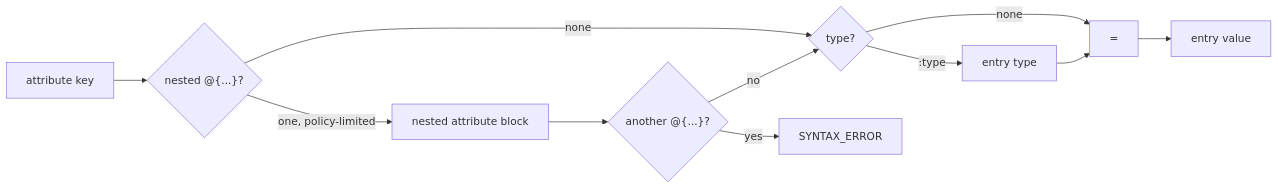
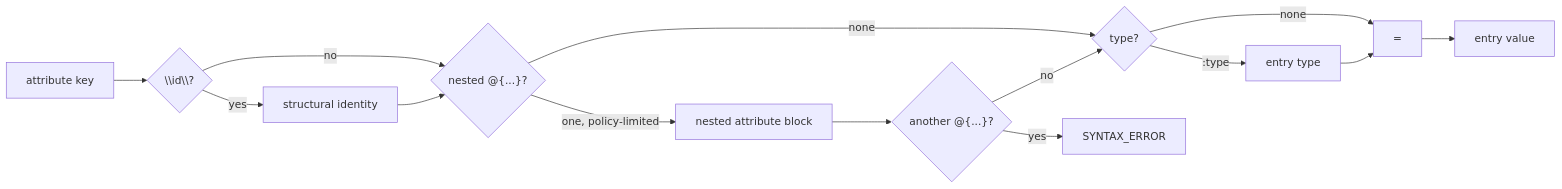
The third of 7 diagrams in aeon/v1/drafts/appendices/appendix-grammar-flow.md (aeonite-org/aeonite-specs), drawn with Mermaid before and after one commit. The commit also changed other lines of this file and 3 other files, not shown here.

First line of the commit message:
Add structural identity syntax to AEON v1

````diff
--- a/aeon/v1/drafts/appendices/appendix-grammar-flow.md
+++ b/aeon/v1/drafts/appendices/appendix-grammar-flow.md
@@ -91,13 +96,16 @@
 ```mermaid
 flowchart LR
-  AK["attribute key"] --> NA{"nested @{...}?"}
+  AK["attribute key"] --> ASID{"\\id\\?"}
+  ASID -->|yes| AID["structural identity"]
+  ASID -->|no| NA{"nested @{...}?"}
+  AID --> NA
   NA -->|one, policy-limited| NATTR["nested attribute block"]
   NA -->|none| AT{"type?"}
   NATTR --> RA{"another @{...}?"}
   RA -->|yes| ERR_RA["SYNTAX_ERROR"]
   RA -->|no| AT
   AT -->|:type| ATYPE["entry type"]
   AT -->|none| AEQ["="]
   ATYPE --> AEQ
   AEQ --> AV["entry value"]
 ```
````
